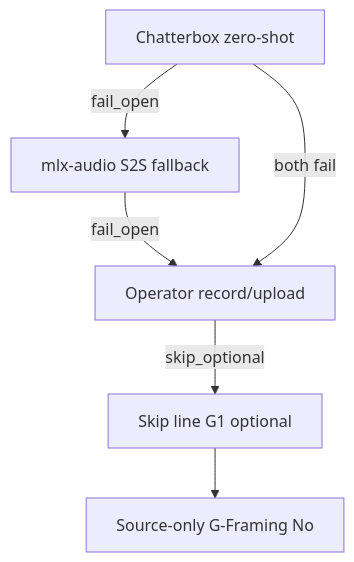
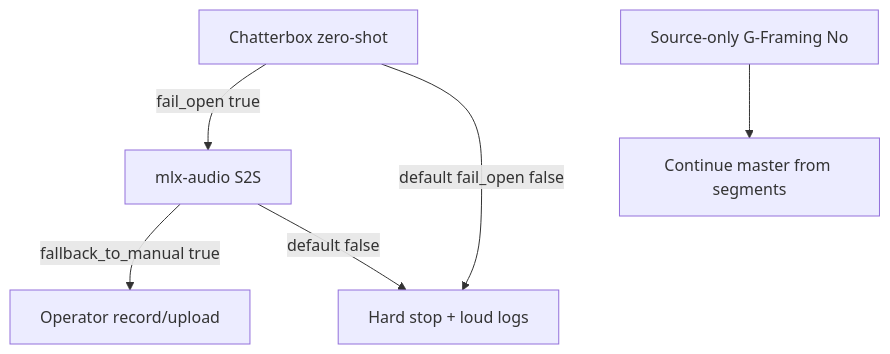
Before and after one commit to NicketUttarwar/interview_helper_mux: the diagram in docs/cross-cutting/reliability-charter.md, drawn with Mermaid. The commit also changed other lines of this file and 76 other files, not shown here.

````diff
--- a/docs/cross-cutting/reliability-charter.md
+++ b/docs/cross-cutting/reliability-charter.md
@@ -7,13 +7,13 @@
 ```mermaid
 flowchart TD
     CB[Chatterbox zero-shot]
-    MLX[mlx-audio S2S fallback]
+    MLX[mlx-audio S2S]
+    STOP[Hard stop + loud logs]
     REC[Operator record/upload]
-    SKIP[Skip line G1 optional]
     SRC[Source-only G-Framing No]
-    CB -->|fail_open| MLX
-    MLX -->|fail_open| REC
-    REC -->|skip_optional| SKIP
-    SKIP --> SRC
-    CB -->|both fail| REC
+    CB -->|fail_open true| MLX
+    CB -->|default fail_open false| STOP
+    MLX -->|fallback_to_manual true| REC
+    MLX -->|default false| STOP
+    SRC --> Master[Continue master from segments]
 ```
````
